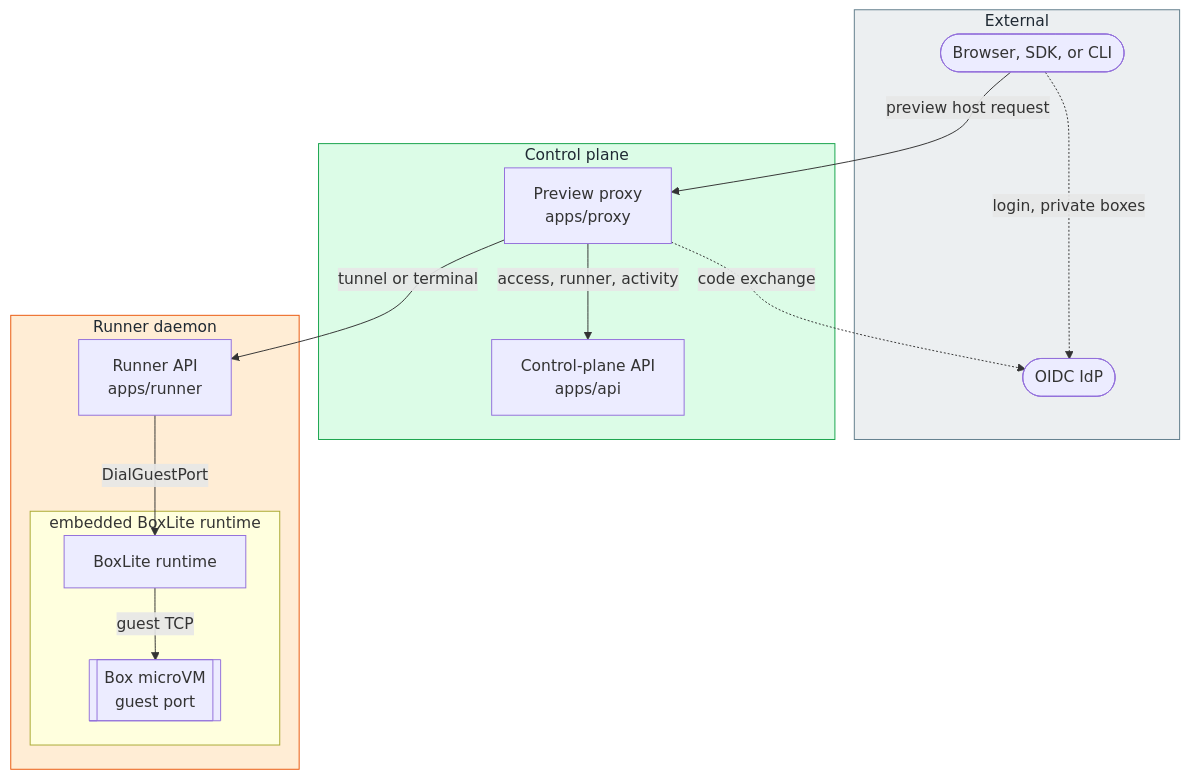
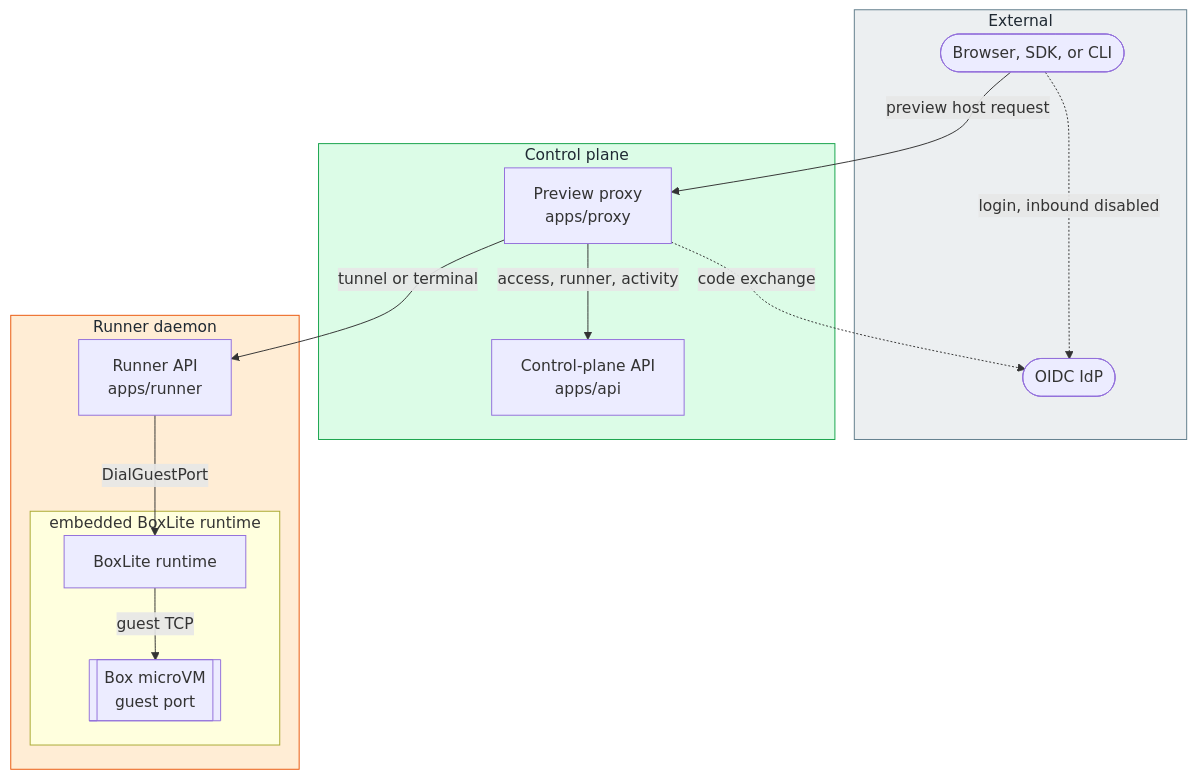
One commit to boxlite-ai/boxlite changed the diagram in apps/proxy/README.md. Above: the diagram before and after it, drawn with Mermaid. The commit also changed other lines of this file and 14 other files, not shown here.

````diff
--- a/apps/proxy/README.md
+++ b/apps/proxy/README.md
@@ -18,36 +18,36 @@
 ```mermaid
 flowchart TB
     classDef scope_external fill:#eceff1,stroke:#607d8b,color:#1f2933
     classDef scope_compute fill:#dcfce7,stroke:#16a34a,color:#1f2933
     classDef scope_execution fill:#ffedd5,stroke:#ea580c,color:#1f2933
 
     subgraph external["External"]
         client(["Browser, SDK, or CLI"])
         idp(["OIDC IdP"])
     end
 
     subgraph control_plane["Control plane"]
         proxy["Preview proxy<br/>apps/proxy"]
         api["Control-plane API<br/>apps/api"]
     end
 
     subgraph runner_process["Runner daemon"]
         runner_api["Runner API<br/>apps/runner"]
         subgraph embedded_boxlite["embedded BoxLite runtime"]
             boxlite_core["BoxLite runtime"]
             boxes[["Box microVM<br/>guest port"]]
         end
     end
 
     client client_to_proxy@-->|"preview host request"| proxy
     proxy proxy_to_api@-->|"access, runner, activity"| api
     proxy proxy_to_runner@-->|"tunnel or terminal"| runner_api
     runner_api runner_to_boxlite@-->|"DialGuestPort"| boxlite_core
     boxlite_core boxlite_to_boxes@-->|"guest TCP"| boxes
-    client client_to_idp@-.->|"login, private boxes"| idp
+    client client_to_idp@-.->|"login, inbound disabled"| idp
     proxy proxy_to_idp@-.->|"code exchange"| idp
 
     class external scope_external
     class control_plane scope_compute
     class runner_process scope_execution
 ```
````
